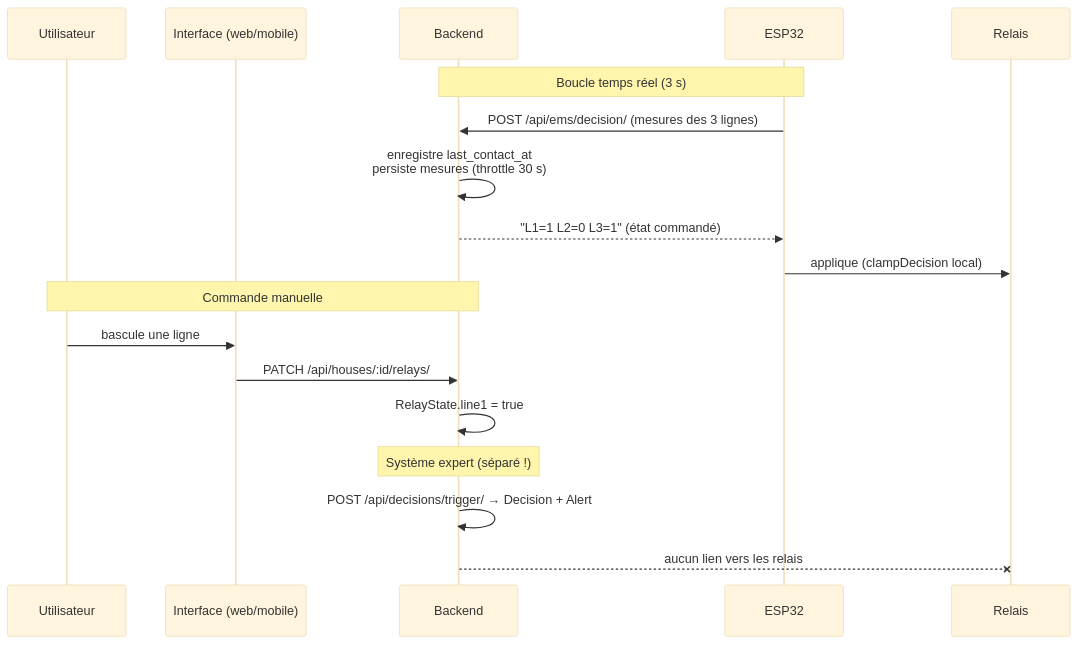
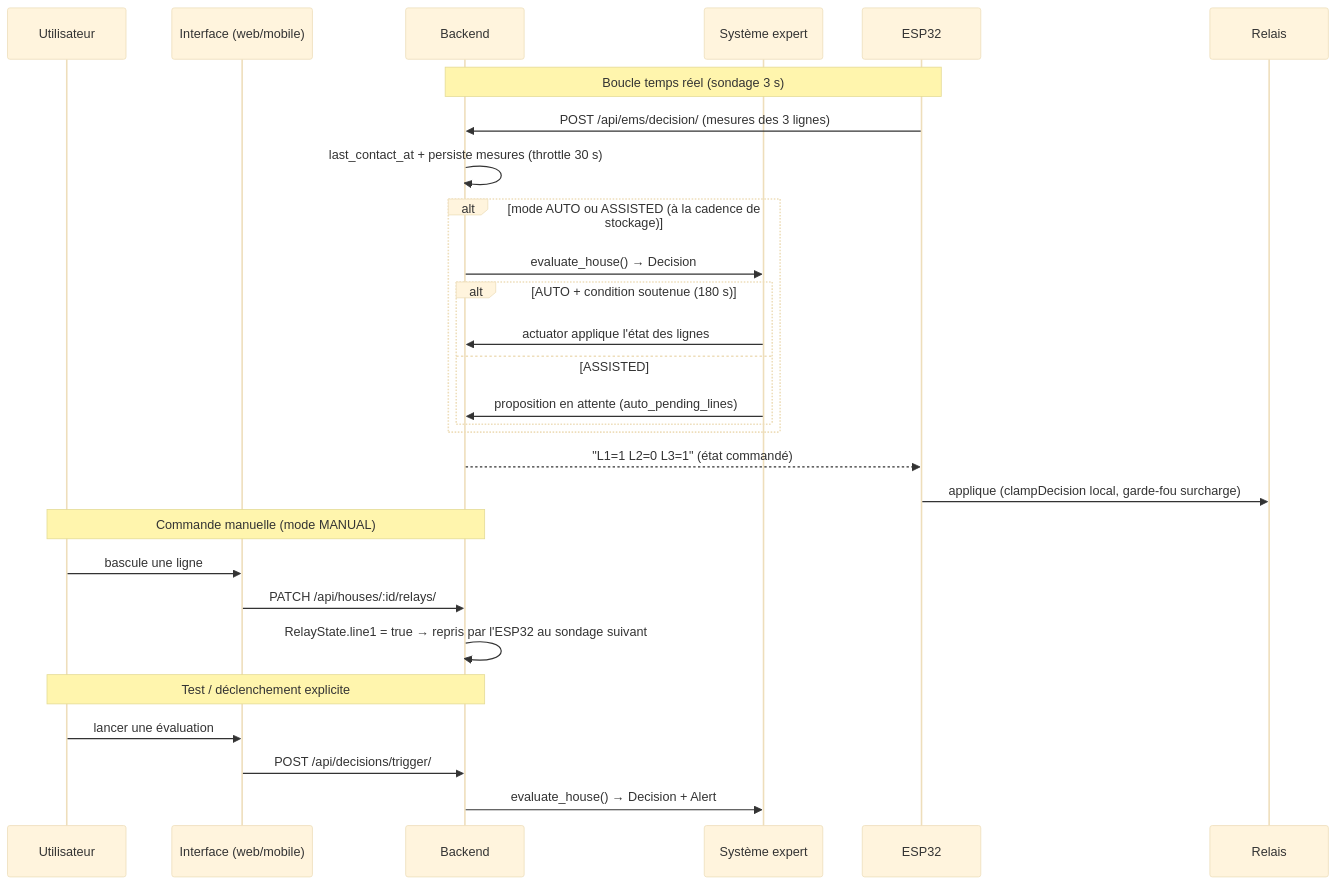
Before and after one commit to kevinManda17/energyMS: the diagram in docs/diagrams/06-chaine-sequence.mmd, drawn with Mermaid (base theme). The commit also changed 7 other files, not shown here.

```diff
--- a/docs/diagrams/06-chaine-sequence.mmd
+++ b/docs/diagrams/06-chaine-sequence.mmd
@@ -1,21 +1,31 @@
 sequenceDiagram
     participant U as Utilisateur
     participant I as Interface (web/mobile)
     participant B as Backend
+    participant X as Système expert
     participant E as ESP32
     participant R as Relais
 
-    Note over E,B: Boucle temps réel (3 s)
+    Note over E,B: Boucle temps réel (sondage 3 s)
     E->>B: POST /api/ems/decision/ (mesures des 3 lignes)
-    B->>B: enregistre last_contact_at<br/>persiste mesures (throttle 30 s)
+    B->>B: last_contact_at + persiste mesures (throttle 30 s)
+    alt mode AUTO ou ASSISTED (à la cadence de stockage)
+        B->>X: evaluate_house() → Decision
+        alt AUTO + condition soutenue (180 s)
+            X->>B: actuator applique l'état des lignes
+        else ASSISTED
+            X->>B: proposition en attente (auto_pending_lines)
+        end
+    end
     B-->>E: "L1=1 L2=0 L3=1" (état commandé)
-    E->>R: applique (clampDecision local)
+    E->>R: applique (clampDecision local, garde-fou surcharge)
 
-    Note over U,B: Commande manuelle
+    Note over U,B: Commande manuelle (mode MANUAL)
     U->>I: bascule une ligne
     I->>B: PATCH /api/houses/:id/relays/
-    B->>B: RelayState.line1 = true
+    B->>B: RelayState.line1 = true → repris par l'ESP32 au sondage suivant
 
-    Note over B: Système expert (séparé !)
-    B->>B: POST /api/decisions/trigger/ → Decision + Alert
-    B--xR: aucun lien vers les relais
+    Note over U,B: Test / déclenchement explicite
+    U->>I: lancer une évaluation
+    I->>B: POST /api/decisions/trigger/
+    B->>X: evaluate_house() → Decision + Alert
```
